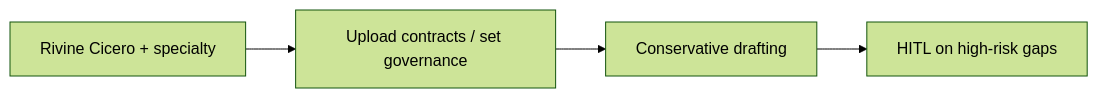
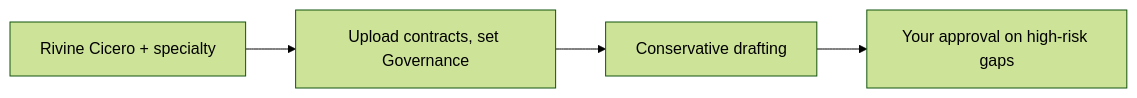
Before and after one commit to Beunec/beunec-site-staging: the eighth of 9 diagrams in Aselius Platform Documentations/aselius-workspace.md, drawn with Mermaid (forest theme). The commit also changed other lines of this file and 99 other files, not shown here.

````diff
--- a/Aselius Platform Documentations/aselius-workspace.md
+++ b/Aselius Platform Documentations/aselius-workspace.md
@@ -749,6 +395,6 @@
 ```mermaid
 flowchart LR
-    A["Rivine Cicero + specialty"] --> B["Upload contracts / set governance"]
+    A["Rivine Cicero + specialty"] --> B["Upload contracts, set Governance"]
     B --> C["Conservative drafting"]
-    C --> D["HITL on high-risk gaps"]
+    C --> D["Your approval on high-risk gaps"]
 ```
````
